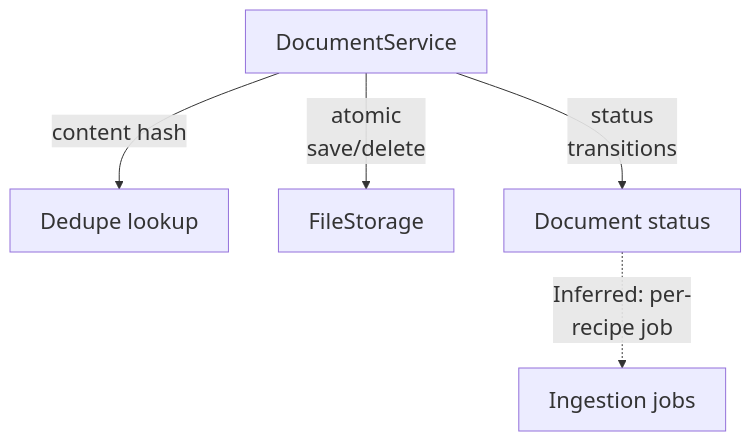
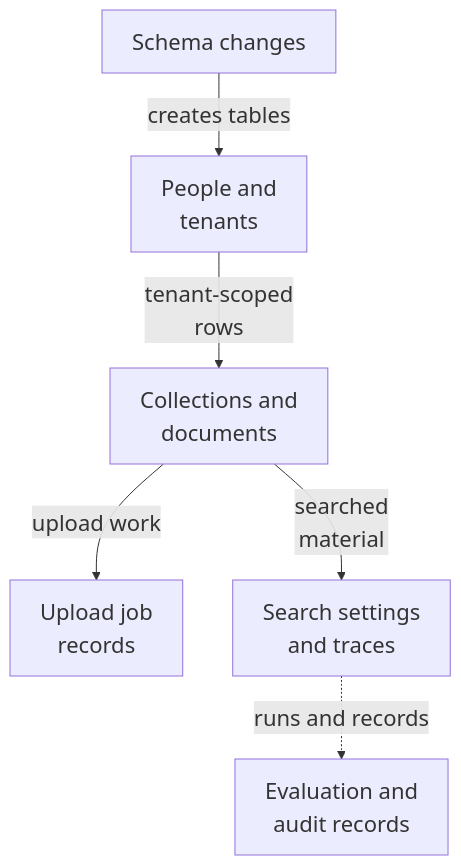
Before and after one commit to Justin-Mendoza/Afterclass: the diagram in maps/foundation/diagram-04.mmd, drawn with Mermaid. The commit also changed 91 other files, not shown here.

```diff
--- a/maps/foundation/diagram-04.mmd
+++ b/maps/foundation/diagram-04.mmd
@@ -1,11 +1,13 @@
 %%{init: {"themeVariables": {"fontSize": "22px"}}}%%
 flowchart TD
-  n0["DocumentService"]
-  n1["Dedupe lookup"]
-  n2["FileStorage"]
-  n3["Document status"]
-  n4["Ingestion jobs"]
-  n0 -->|"content hash"| n1
-  n0 -->|"atomic<br/>save/delete"| n2
-  n0 -->|"status<br/>transitions"| n3
-  n3 -.->|"Inferred: per-<br/>recipe job"| n4
+  n0["Schema changes"]
+  n1["People and<br/>tenants"]
+  n2["Collections and<br/>documents"]
+  n3["Upload job<br/>records"]
+  n4["Search settings<br/>and traces"]
+  n5["Evaluation and<br/>audit records"]
+  n0 -->|"creates tables"| n1
+  n1 -->|"tenant-scoped<br/>rows"| n2
+  n2 -->|"upload work"| n3
+  n2 -->|"searched<br/>material"| n4
+  n4 -.->|"runs and records"| n5
```
